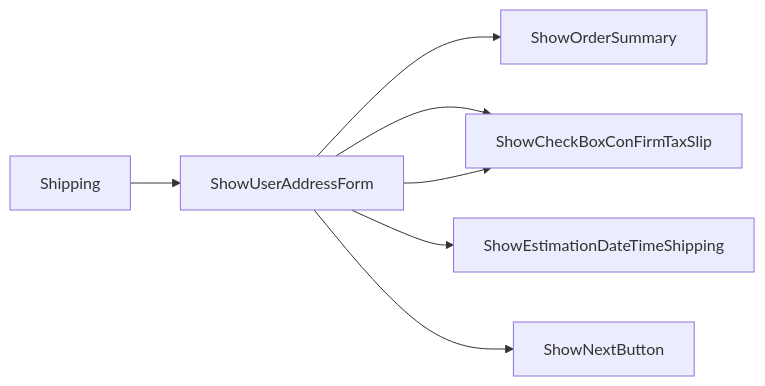
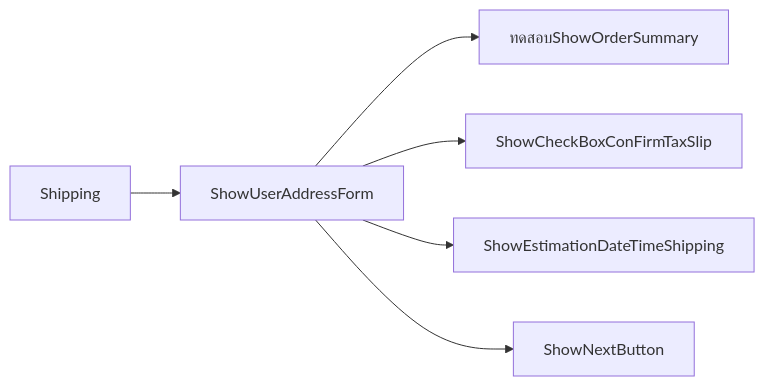
The eighth of 11 diagrams in README.md (nuchit2019/assignment-java-boot-camp), drawn with Mermaid before and after one commit. The commit also changed other lines of this file, not shown here.

````diff
--- a/README.md
+++ b/README.md
@@ -68,9 +68,8 @@
 ```mermaid
     graph LR
     Shipping[Shipping] --> ShowUserAddressForm[ShowUserAddressForm]
-    ShowUserAddressForm --> ShowOrderSummary[ShowOrderSummary]
-    ShowUserAddressForm --> ShowCheckBoxConFirmTaxSlip[ShowCheckBoxConFirmTaxSlip]
+    ShowUserAddressForm --> ทดสอบShowOrderSummary[ทดสอบShowOrderSummary]
     ShowUserAddressForm --> ShowCheckBoxConFirmTaxSlip[ShowCheckBoxConFirmTaxSlip]
     ShowUserAddressForm --> ShowEstimationDateTimeShipping[ShowEstimationDateTimeShipping]
     ShowUserAddressForm --> ShowNextButton[ShowNextButton]
 ```
````
